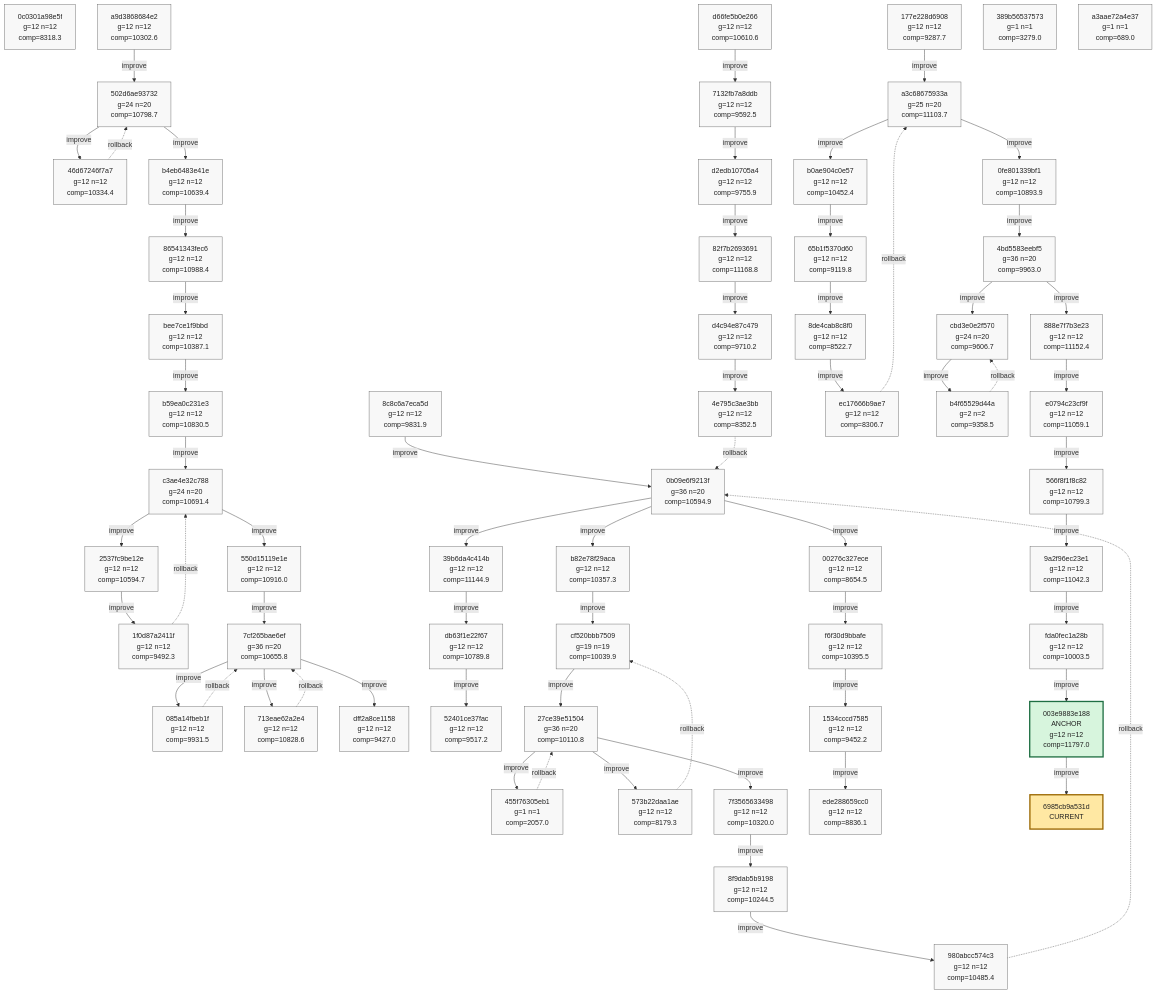
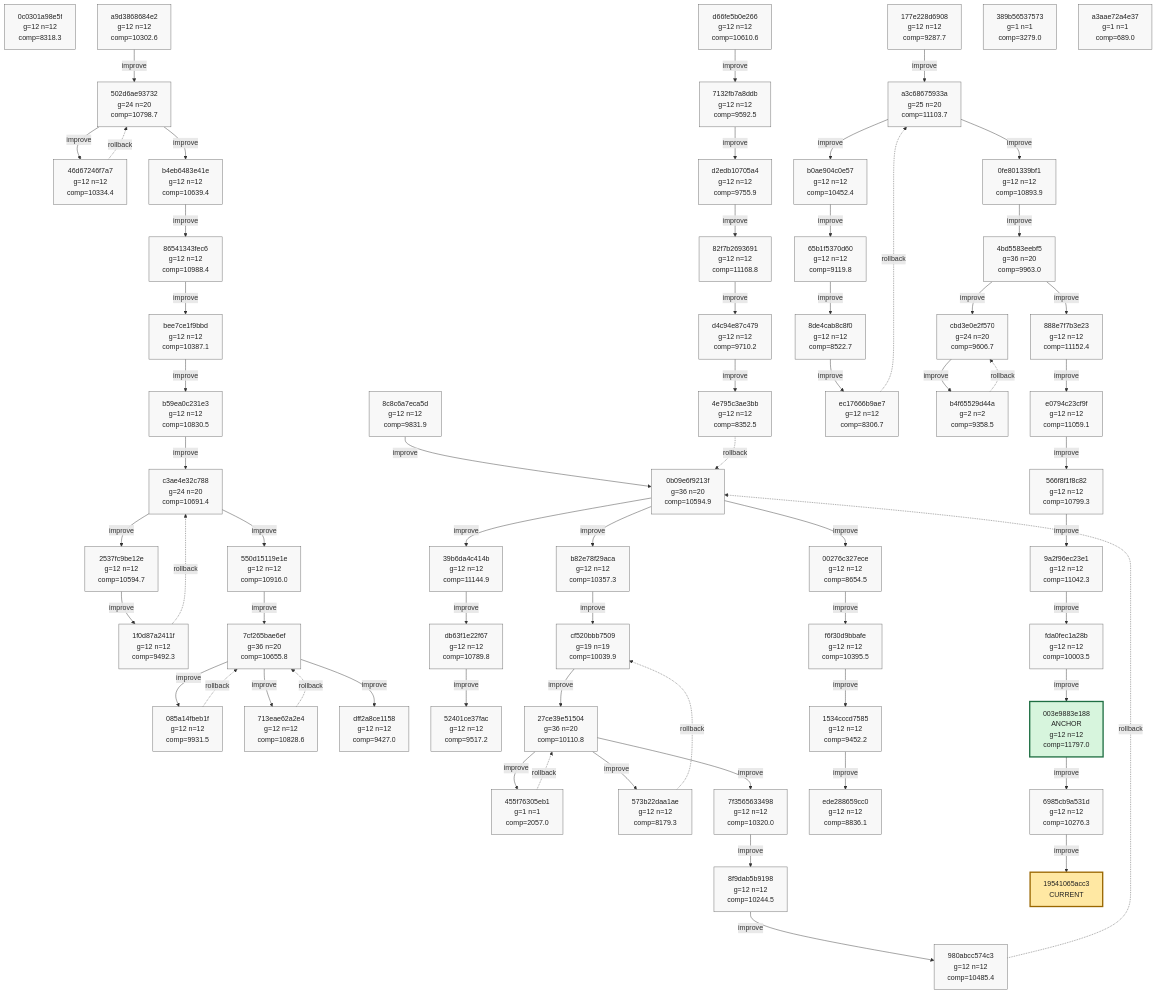
The tenth of 10 diagrams in phyrogenetic-tree.md (azumag/soviet_now), drawn with Mermaid before and after one commit. The commit also changed other lines of this file and 2 other files, not shown here.

Commit message:
eloop Improve after 12 games (scores: 11625 10963 11518 8614 12870 13882 11594 7578 8817 5702 9500 19244)

````diff
--- a/phyrogenetic-tree.md
+++ b/phyrogenetic-tree.md
@@ -2587,9 +2585,10 @@
     h_9a2f96ec23e1["9a2f96ec23e1<br/>g=12 n=12<br/>comp=11042.3"]
     h_fda0fec1a28b["fda0fec1a28b<br/>g=12 n=12<br/>comp=10003.5"]
     h_003e9883e188["003e9883e188<br/>ANCHOR<br/>g=12 n=12<br/>comp=11797.0"]
+    h_6985cb9a531d["6985cb9a531d<br/>g=12 n=12<br/>comp=10276.3"]
     h_389b56537573["389b56537573<br/>g=1 n=1<br/>comp=3279.0"]
     h_a3aae72a4e37["a3aae72a4e37<br/>g=1 n=1<br/>comp=689.0"]
-    h_6985cb9a531d["6985cb9a531d<br/>CURRENT"]
+    h_19541065acc3["19541065acc3<br/>CURRENT"]
 
     h_a9d3868684e2 -->|improve| h_502d6ae93732
     h_502d6ae93732 -->|improve| h_46d67246f7a7
@@ -2652,6 +2651,7 @@
     h_9a2f96ec23e1 -->|improve| h_fda0fec1a28b
     h_fda0fec1a28b -->|improve| h_003e9883e188
     h_003e9883e188 -->|improve| h_6985cb9a531d
+    h_6985cb9a531d -->|improve| h_19541065acc3
 
     classDef plain fill:#f8f8f8,stroke:#666,stroke-width:1px,color:#222;
     classDef current fill:#ffe8a3,stroke:#9a6700,stroke-width:3px,color:#222;
@@ -2713,7 +2713,8 @@
     class h_9a2f96ec23e1 plain;
     class h_fda0fec1a28b plain;
     class h_003e9883e188 anchor;
+    class h_6985cb9a531d plain;
     class h_389b56537573 plain;
     class h_a3aae72a4e37 plain;
-    class h_6985cb9a531d current;
+    class h_19541065acc3 current;
 ```
````
